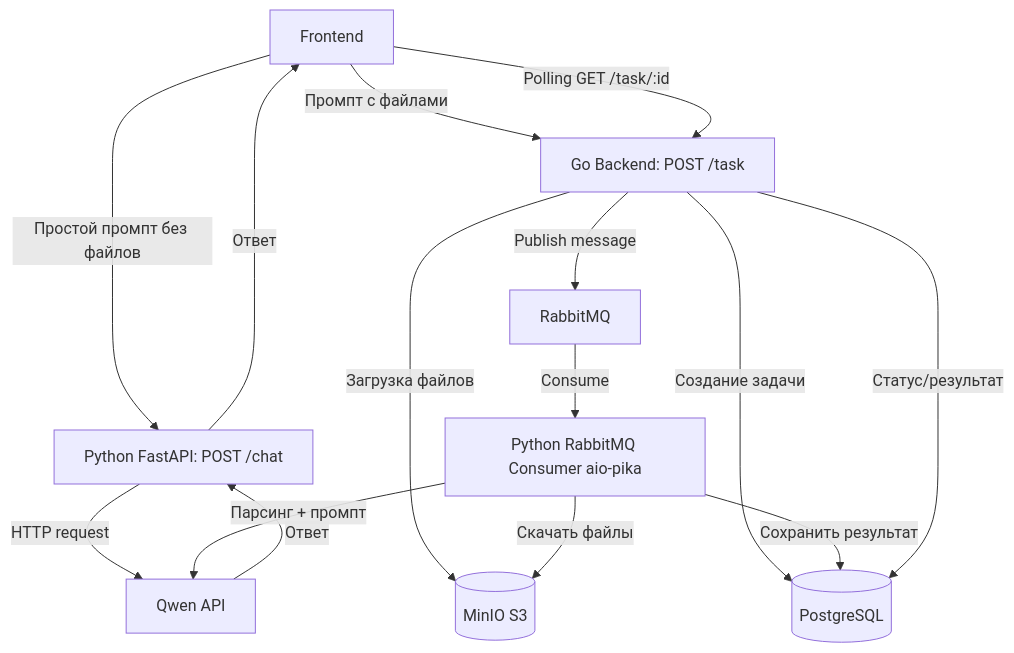
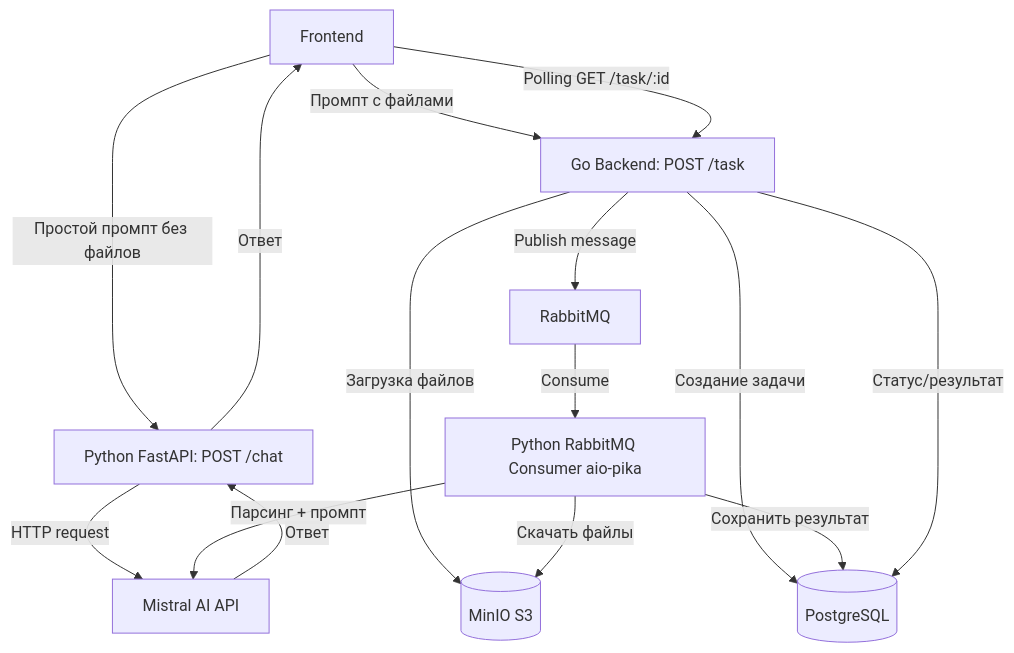
The diagram in README.md (AlibekovAA/copilot-application), drawn with Mermaid before and after one commit. The commit also changed other lines of this file and 46 other files, not shown here.

Commit message:
add integration mistral api

````diff
--- a/README.md
+++ b/README.md
@@ -3,22 +3,21 @@
 ```mermaid
 graph TD
     A[Frontend] -->|Простой промпт без файлов| P[Python FastAPI: POST /chat]
     A -->|Промпт с файлами| G[Go Backend: POST /task]
 
-    P -->|HTTP request| Q[Qwen API]
-    Q -->|Ответ| P
+    P -->|HTTP request| M[Mistral AI API]
+    M -->|Ответ| P
     P -->|Ответ| A
 
-    G -->|Загрузка файлов| M[(MinIO S3)]
+    G -->|Загрузка файлов| S[(MinIO S3)]
     G -->|Создание задачи| D[(PostgreSQL)]
     G -->|Publish message| R[RabbitMQ]
 
     R -->|Consume| W[Python RabbitMQ Consumer aio-pika]
-    W -->|Скачать файлы| M
-    W -->|Парсинг + промпт| Q
+    W -->|Скачать файлы| S
+    W -->|Парсинг + промпт| M
     W -->|Сохранить результат| D
 
     A -->|Polling GET /task/:id| G
     G -->|Статус/результат| D
-
 ```
````
